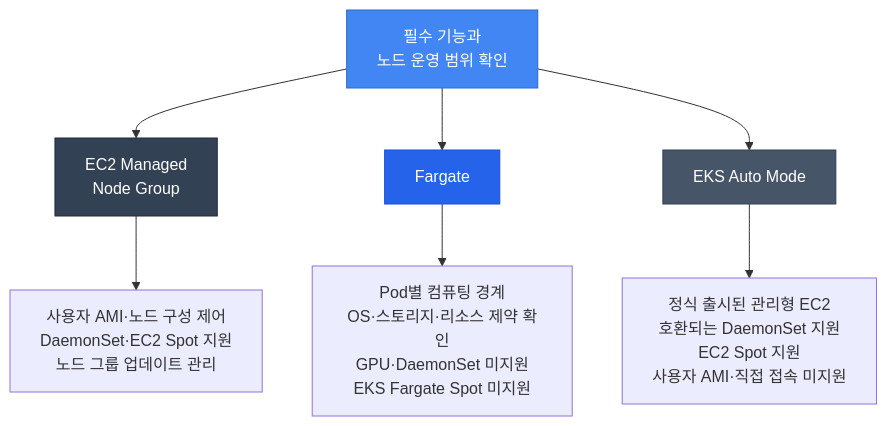
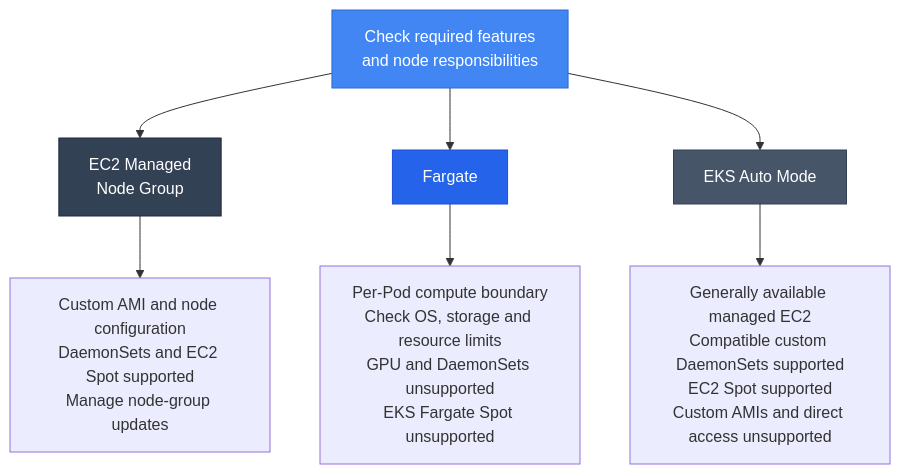
One commit to devfloor9/engineering-playbook changed the second of 2 diagrams in docs/eks-best-practices/operations-reliability/pod-lifecycle/shutdown-fargate.md. Above: the diagram before and after it, drawn with Mermaid. The commit also changed other lines of this file and 954 other files, not shown here.

````diff
--- a/docs/eks-best-practices/operations-reliability/pod-lifecycle/shutdown-fargate.md
+++ b/docs/eks-best-practices/operations-reliability/pod-lifecycle/shutdown-fargate.md
@@ -343,16 +343,16 @@
 ```mermaid
 flowchart TD
-    Start[필수 기능과<br/>노드 운영 범위 확인]
+    Start[Check required features<br/>and node responsibilities]
     Start --> EC2[EC2 Managed<br/>Node Group]
     Start --> Fargate[Fargate]
     Start --> AutoMode[EKS Auto Mode]
 
-    EC2 --> EC2Details[사용자 AMI·노드 구성 제어<br/>DaemonSet·EC2 Spot 지원<br/>노드 그룹 업데이트 관리]
-    Fargate --> FargateDetails[Pod별 컴퓨팅 경계<br/>OS·스토리지·리소스 제약 확인<br/>GPU·DaemonSet 미지원<br/>EKS Fargate Spot 미지원]
-    AutoMode --> AutoDetails[정식 출시된 관리형 EC2<br/>호환되는 DaemonSet 지원<br/>EC2 Spot 지원<br/>사용자 AMI·직접 접속 미지원]
+    EC2 --> EC2Details[Custom AMI and node configuration<br/>DaemonSets and EC2 Spot supported<br/>Manage node-group updates]
+    Fargate --> FargateDetails[Per-Pod compute boundary<br/>Check OS, storage and resource limits<br/>GPU and DaemonSets unsupported<br/>EKS Fargate Spot unsupported]
+    AutoMode --> AutoDetails[Generally available managed EC2<br/>Compatible custom DaemonSets supported<br/>EC2 Spot supported<br/>Custom AMIs and direct access unsupported]
 
     style Start fill:#4286f4,stroke:#2a6acf,color:#fff
     style EC2 fill:#334155,stroke:#1e293b,color:#fff
     style Fargate fill:#2563eb,stroke:#1d4ed8,color:#fff
     style AutoMode fill:#475569,stroke:#334155,color:#fff
 ```
````
